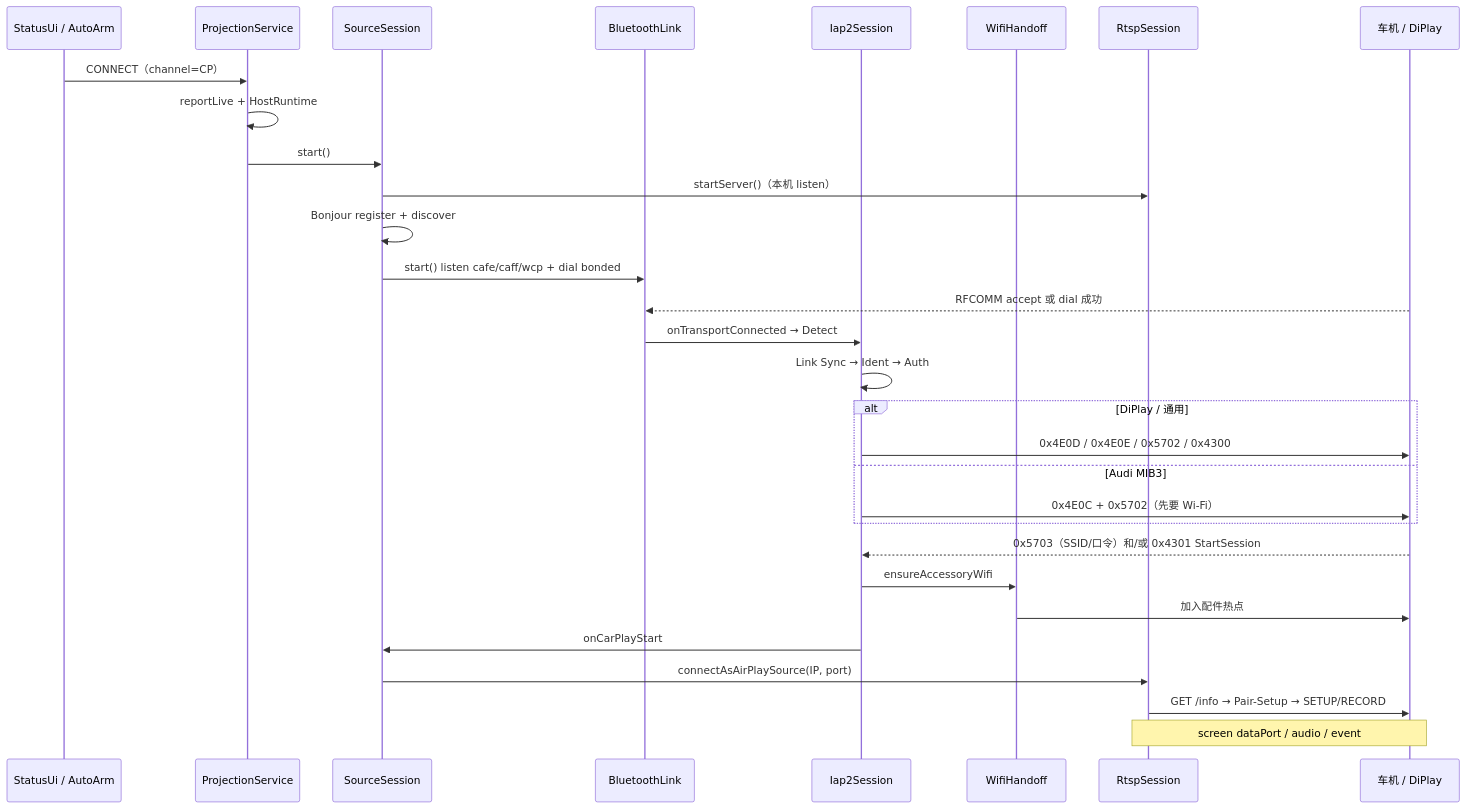
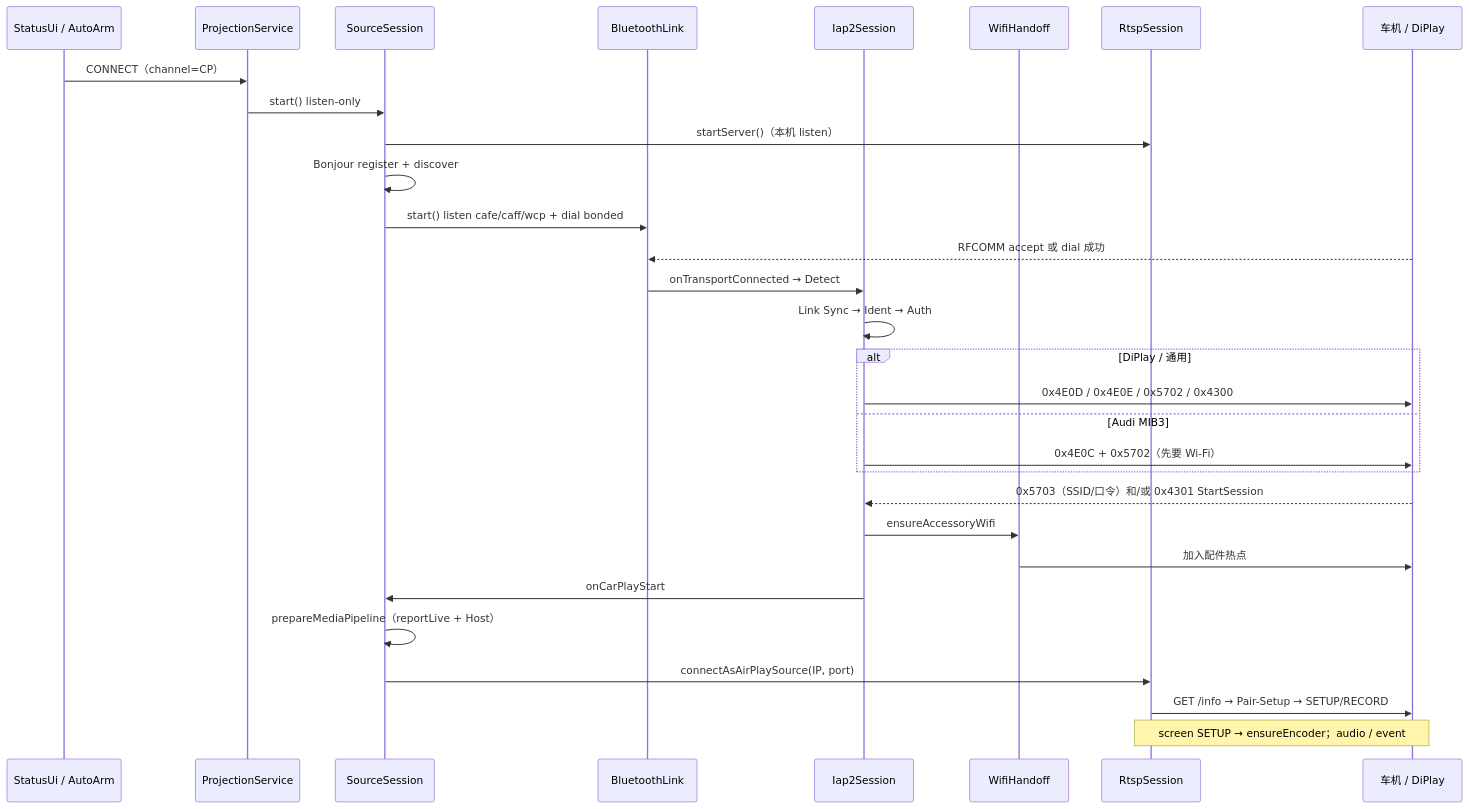
One commit to 6XML/AADisplay changed the diagram in docs/CARPLAY_CONNECT.md. Above: the diagram before and after it, drawn with Mermaid. The commit also changed other lines of this file and 94 other files, not shown here.

````diff
--- a/docs/CARPLAY_CONNECT.md
+++ b/docs/CARPLAY_CONNECT.md
@@ -49,33 +56,33 @@
 ```mermaid
 sequenceDiagram
     participant UI as StatusUi / AutoArm
     participant FGS as ProjectionService
     participant SS as SourceSession
     participant BT as BluetoothLink
     participant IAP as Iap2Session
     participant WIFI as WifiHandoff
     participant RTSP as RtspSession
     participant HU as 车机 / DiPlay
 
     UI->>FGS: CONNECT（channel=CP）
-    FGS->>FGS: reportLive + HostRuntime
-    FGS->>SS: start()
+    FGS->>SS: start() listen-only
     SS->>RTSP: startServer()（本机 listen）
     SS->>SS: Bonjour register + discover
     SS->>BT: start() listen cafe/caff/wcp + dial bonded
     HU-->>BT: RFCOMM accept 或 dial 成功
     BT->>IAP: onTransportConnected → Detect
     IAP->>IAP: Link Sync → Ident → Auth
     alt DiPlay / 通用
         IAP->>HU: 0x4E0D / 0x4E0E / 0x5702 / 0x4300
     else Audi MIB3
         IAP->>HU: 0x4E0C + 0x5702（先要 Wi‑Fi）
     end
     HU-->>IAP: 0x5703（SSID/口令）和/或 0x4301 StartSession
     IAP->>WIFI: ensureAccessoryWifi
     WIFI->>HU: 加入配件热点
     IAP->>SS: onCarPlayStart
+    SS->>SS: prepareMediaPipeline（reportLive + Host）
     SS->>RTSP: connectAsAirPlaySource(IP, port)
     RTSP->>HU: GET /info → Pair-Setup → SETUP/RECORD
-    Note over RTSP,HU: screen dataPort / audio / event
+    Note over RTSP,HU: screen SETUP → ensureEncoder；audio / event
 ```
````
